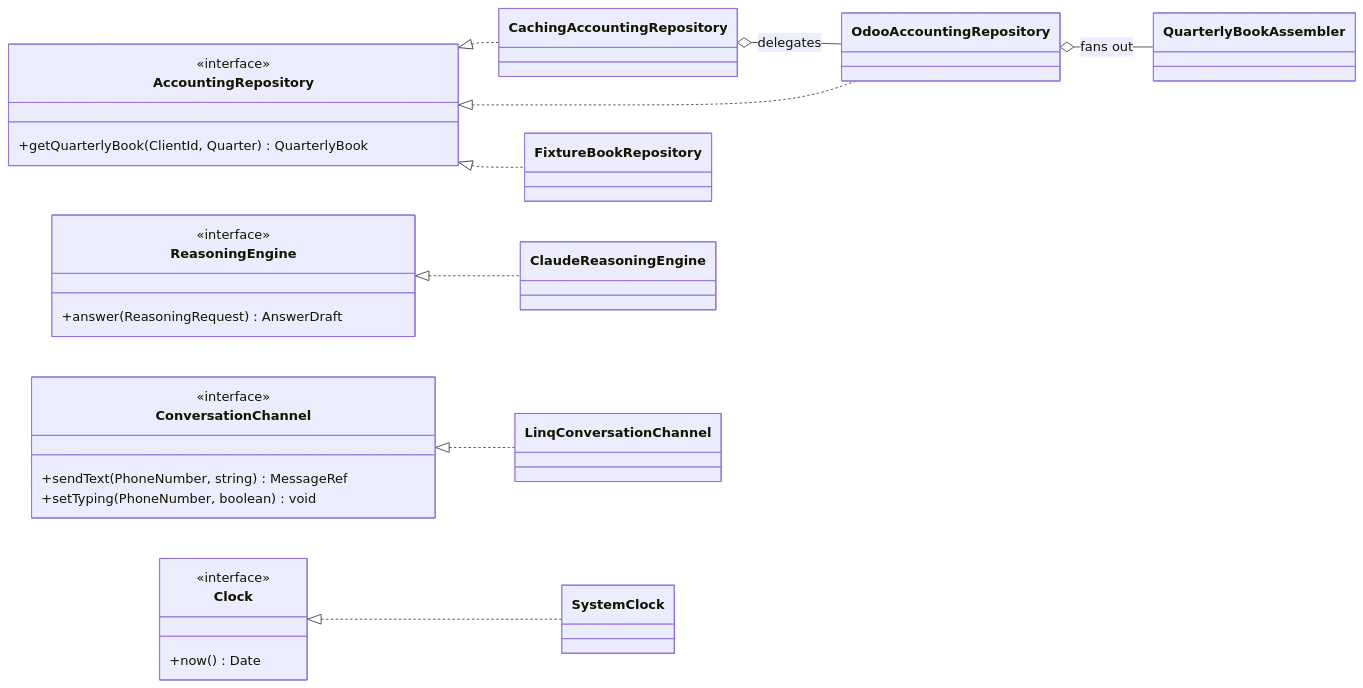
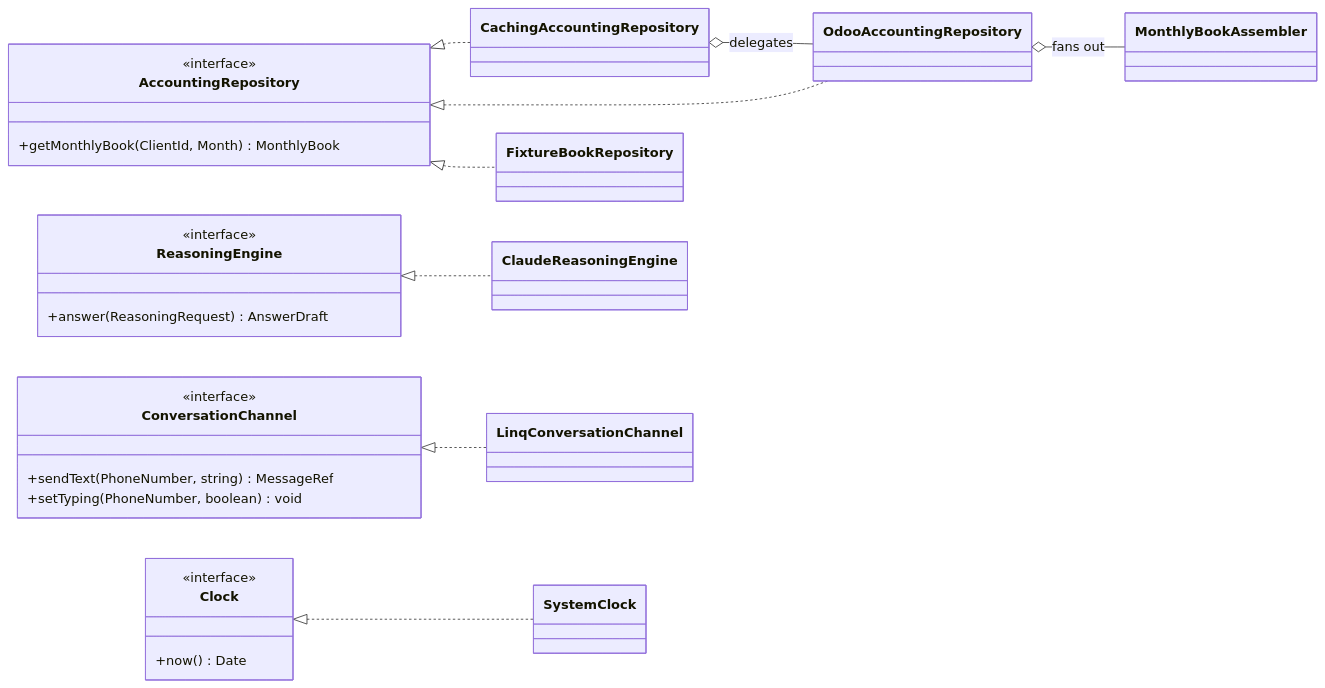
One commit to Patcast/terac_hackathon_patrcio changed the fourth of 6 diagrams in docs/architecture_phase1.md. Above: the diagram before and after it, drawn with Mermaid. The commit also changed other lines of this file and 18 other files, not shown here.

````diff
--- a/docs/architecture_phase1.md
+++ b/docs/architecture_phase1.md
@@ -528,39 +670,39 @@
 ```mermaid
 classDiagram
     direction LR
 
     class AccountingRepository {
         <<interface>>
-        +getQuarterlyBook(ClientId, Quarter) QuarterlyBook
+        +getMonthlyBook(ClientId, Month) MonthlyBook
     }
     class ReasoningEngine {
         <<interface>>
         +answer(ReasoningRequest) AnswerDraft
     }
     class ConversationChannel {
         <<interface>>
         +sendText(PhoneNumber, string) MessageRef
         +setTyping(PhoneNumber, boolean) void
     }
     class Clock {
         <<interface>>
         +now() Date
     }
 
     class CachingAccountingRepository
     class OdooAccountingRepository
     class FixtureBookRepository
-    class QuarterlyBookAssembler
+    class MonthlyBookAssembler
     class ClaudeReasoningEngine
     class LinqConversationChannel
     class SystemClock
 
     AccountingRepository <|.. CachingAccountingRepository
     AccountingRepository <|.. OdooAccountingRepository
     AccountingRepository <|.. FixtureBookRepository
     CachingAccountingRepository o-- OdooAccountingRepository : delegates
-    OdooAccountingRepository o-- QuarterlyBookAssembler : fans out
+    OdooAccountingRepository o-- MonthlyBookAssembler : fans out
     ReasoningEngine <|.. ClaudeReasoningEngine
     ConversationChannel <|.. LinqConversationChannel
     Clock <|.. SystemClock
 ```
````
